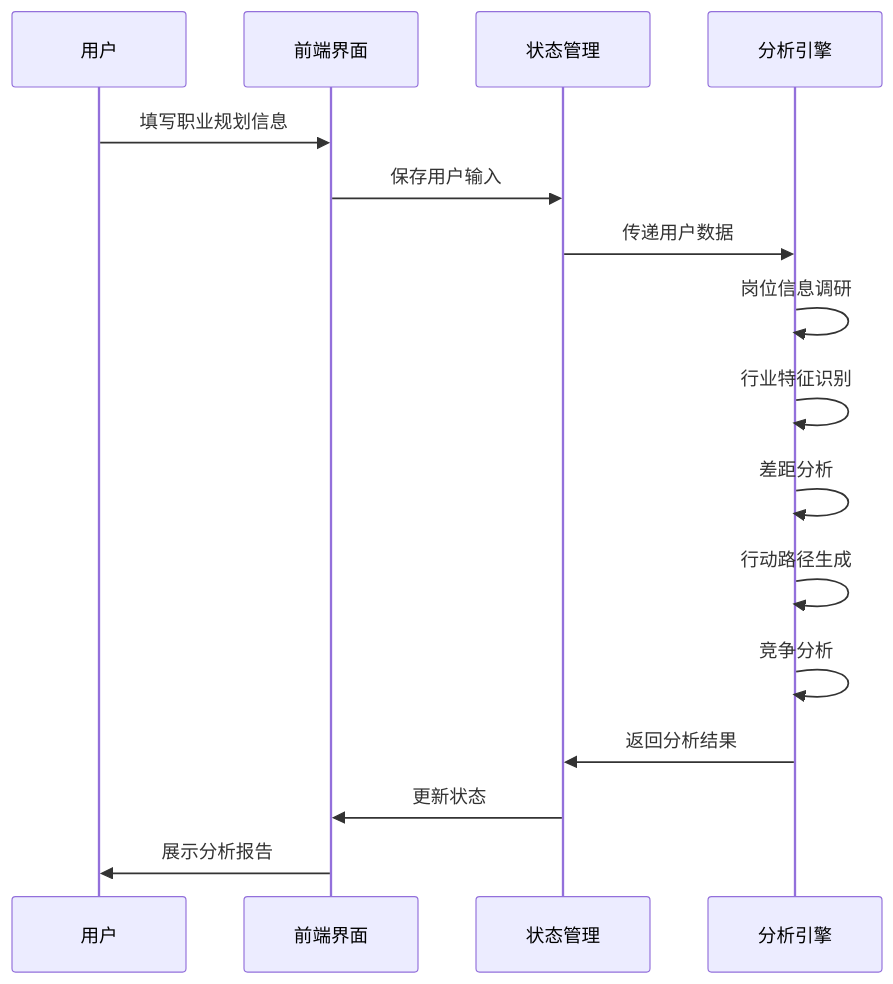
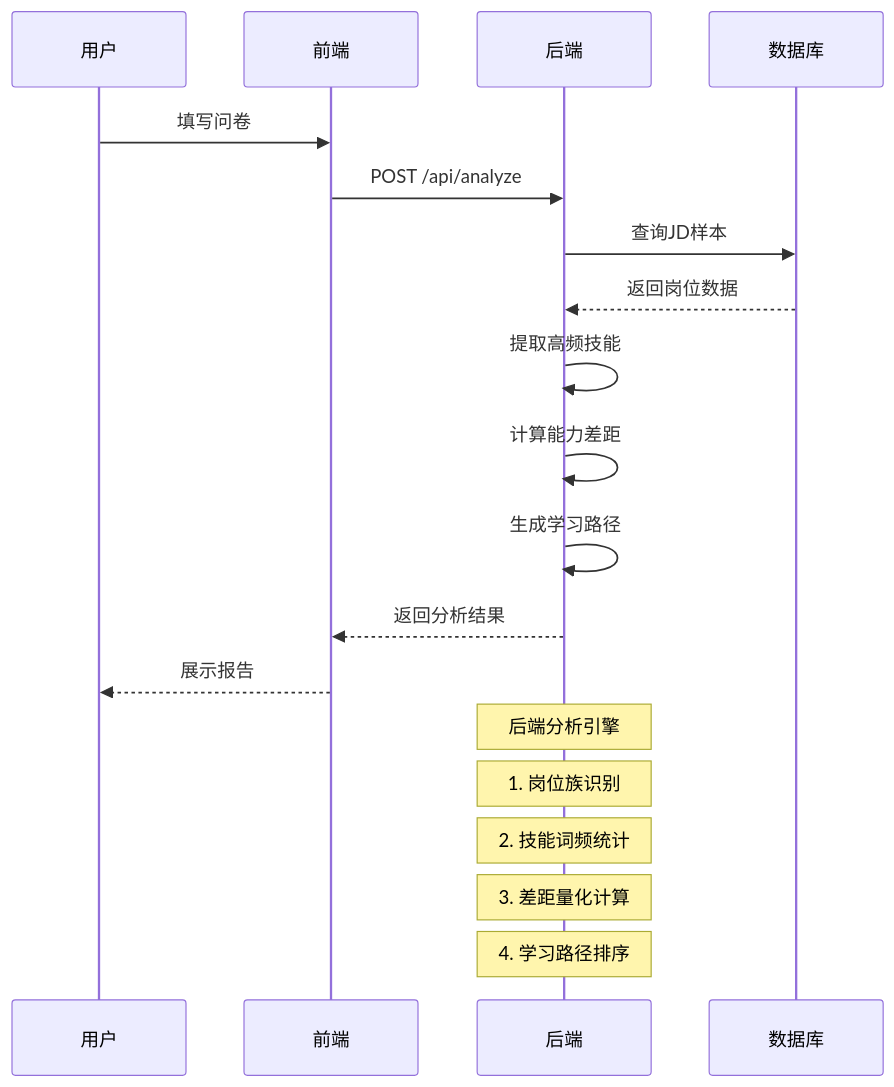
Before and after one commit to Ryan-shangzhi/career-planning-agent: the second of 2 diagrams in README.md, drawn with Mermaid. The commit also changed other lines of this file, not shown here.

Commit message:
docs: rewrite README with realistic description and mermaid diagrams

````diff
--- a/README.md
+++ b/README.md
@@ -65,19 +44,23 @@
 ```mermaid
 sequenceDiagram
-    participant User as 用户
-    participant UI as 前端界面
-    participant Store as 状态管理
-    participant Analysis as 分析引擎
-    
-    User->>UI: 填写职业规划信息
-    UI->>Store: 保存用户输入
-    Store->>Analysis: 传递用户数据
-    Analysis->>Analysis: 岗位信息调研
-    Analysis->>Analysis: 行业特征识别
-    Analysis->>Analysis: 差距分析
-    Analysis->>Analysis: 行动路径生成
-    Analysis->>Analysis: 竞争分析
-    Analysis->>Store: 返回分析结果
-    Store->>UI: 更新状态
-    UI->>User: 展示分析报告
+    participant U as 用户
+    participant F as 前端
+    participant B as 后端
+    participant D as 数据库
+
+    U->>F: 填写问卷
+    F->>B: POST /api/analyze
+    B->>D: 查询JD样本
+    D-->>B: 返回岗位数据
+    B->>B: 提取高频技能
+    B->>B: 计算能力差距
+    B->>B: 生成学习路径
+    B-->>F: 返回分析结果
+    F-->>U: 展示报告
+
+    Note over B: 后端分析引擎
+    Note over B: 1. 岗位族识别
+    Note over B: 2. 技能词频统计
+    Note over B: 3. 差距量化计算
+    Note over B: 4. 学习路径排序
 ```
````
